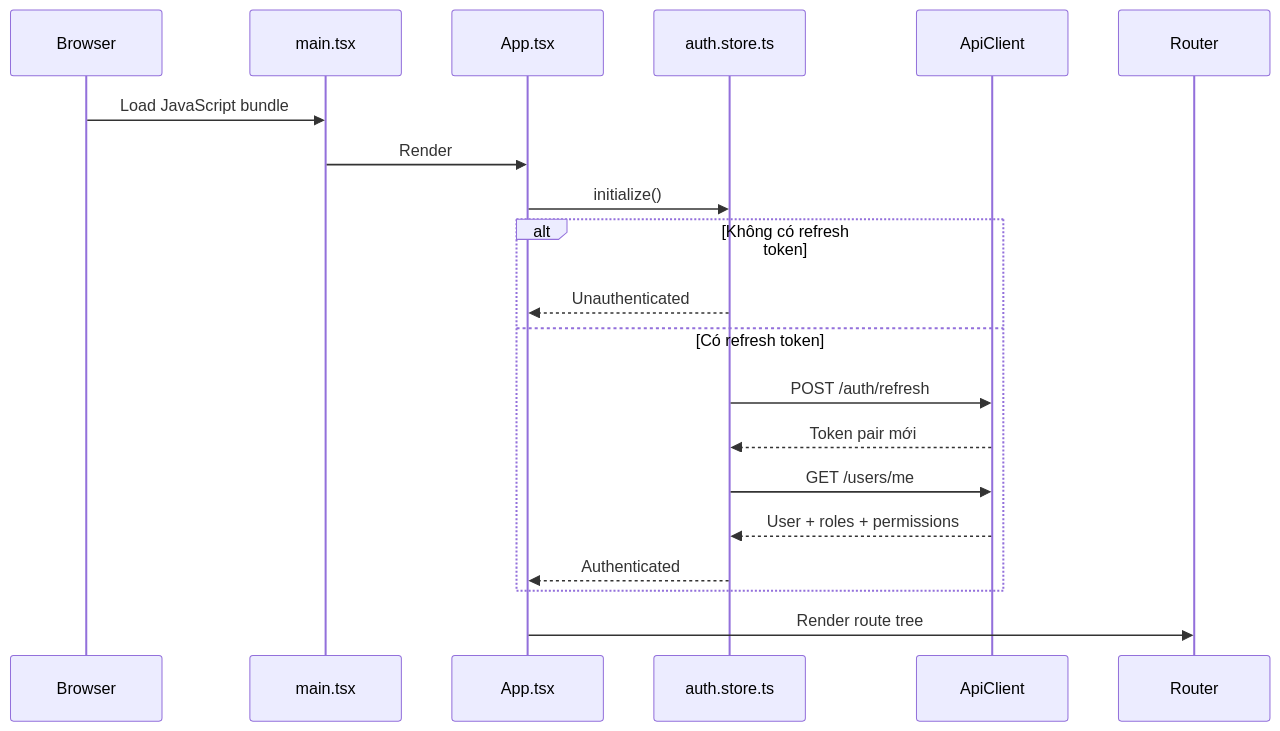
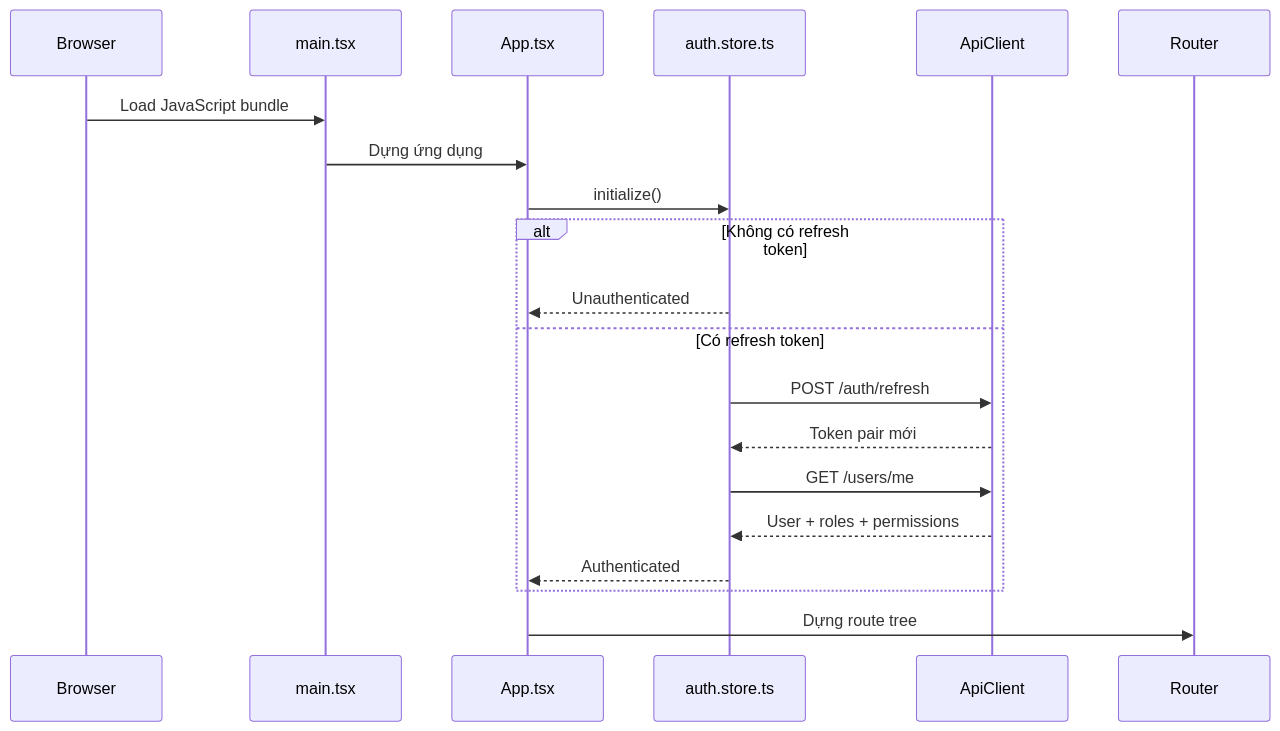
Before and after one commit to 8eyond-Infinite/turborepo-advanced-starter: the second of 3 diagrams in apps/admin/README.md, drawn with Mermaid. The commit also changed other lines of this file and 19 other files, not shown here.

````diff
--- a/apps/admin/README.md
+++ b/apps/admin/README.md
@@ -84,23 +84,23 @@
 ```mermaid
 sequenceDiagram
     participant Browser
     participant Main as main.tsx
     participant App as App.tsx
     participant Auth as auth.store.ts
     participant API as ApiClient
     participant Router
 
     Browser->>Main: Load JavaScript bundle
-    Main->>App: Render
+    Main->>App: Dựng ứng dụng
     App->>Auth: initialize()
     alt Không có refresh token
         Auth-->>App: Unauthenticated
     else Có refresh token
         Auth->>API: POST /auth/refresh
         API-->>Auth: Token pair mới
         Auth->>API: GET /users/me
         API-->>Auth: User + roles + permissions
         Auth-->>App: Authenticated
     end
-    App->>Router: Render route tree
+    App->>Router: Dựng route tree
 ```
````
